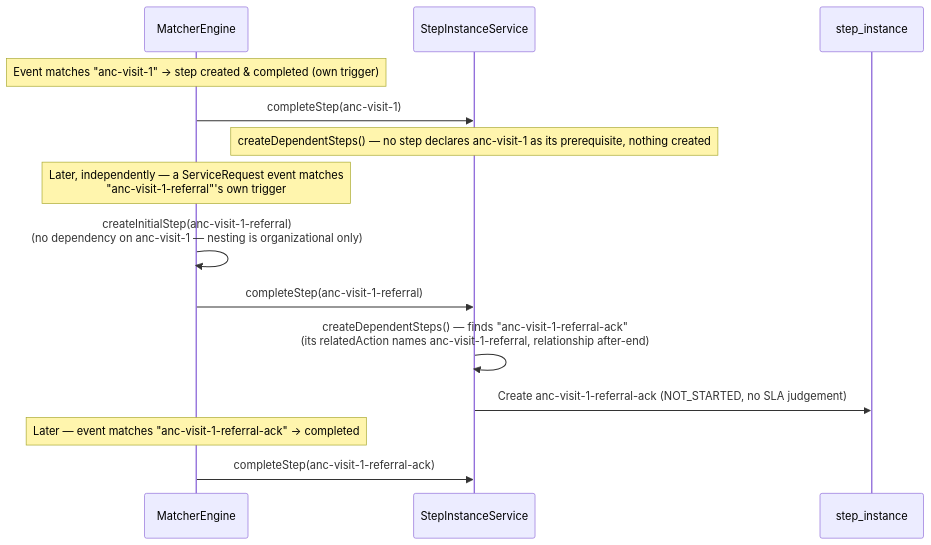
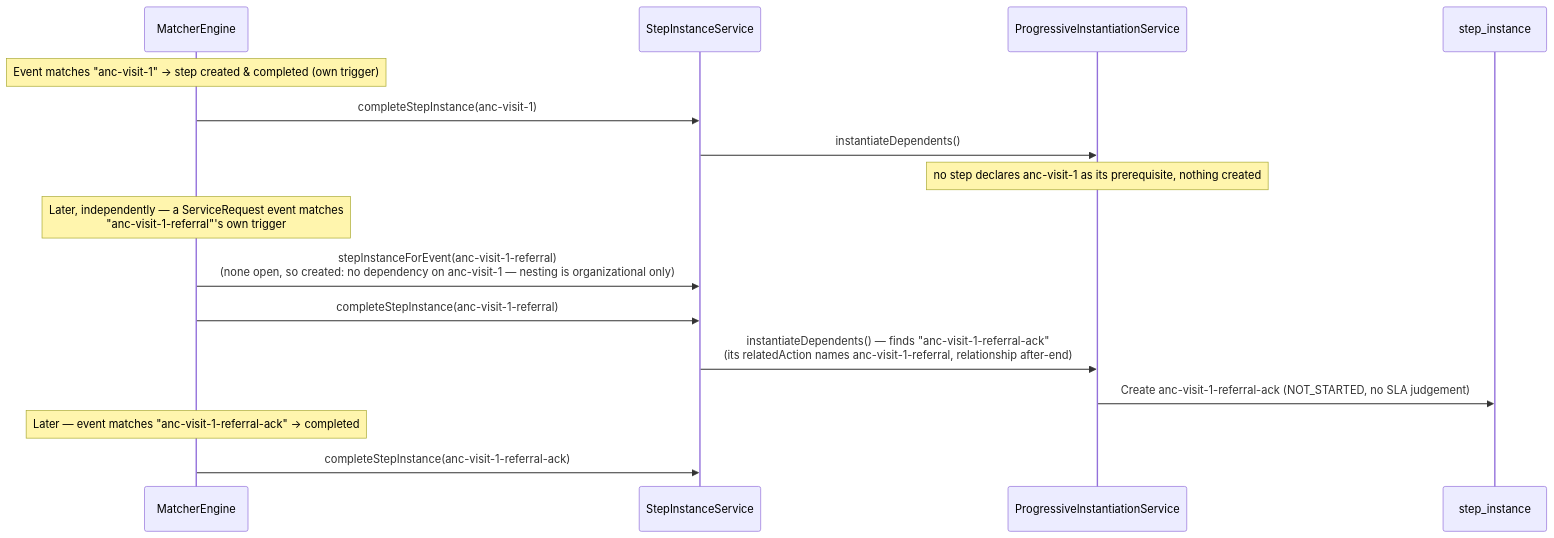
One commit to Jayaprakash8887/cce-matcher-service changed the seventh of 7 diagrams in docs/architecture-overview.md. Above: the diagram before and after it, drawn with Mermaid. The commit also changed other lines of this file and 17 other files, not shown here.

````diff
--- a/docs/architecture-overview.md
+++ b/docs/architecture-overview.md
@@ -836,19 +840,21 @@
 ```mermaid
 sequenceDiagram
     participant Engine as MatcherEngine
     participant SIS as StepInstanceService
+    participant PI as ProgressiveInstantiationService
     participant DB as step_instance
 
     Note over Engine: Event matches "anc-visit-1" → step created & completed (own trigger)
-    Engine->>SIS: completeStep(anc-visit-1)
-    Note over SIS: createDependentSteps() — no step declares anc-visit-1 as its prerequisite, nothing created
+    Engine->>SIS: completeStepInstance(anc-visit-1)
+    SIS->>PI: instantiateDependents()
+    Note over PI: no step declares anc-visit-1 as its prerequisite, nothing created
 
     Note over Engine: Later, independently — a ServiceRequest event matches<br/>"anc-visit-1-referral"'s own trigger
-    Engine->>Engine: createInitialStep(anc-visit-1-referral)<br/>(no dependency on anc-visit-1 — nesting is organizational only)
-    Engine->>SIS: completeStep(anc-visit-1-referral)
-    SIS->>SIS: createDependentSteps() — finds "anc-visit-1-referral-ack"<br/>(its relatedAction names anc-visit-1-referral, relationship after-end)
-    SIS->>DB: Create anc-visit-1-referral-ack (NOT_STARTED, no SLA judgement)
+    Engine->>SIS: stepInstanceForEvent(anc-visit-1-referral)<br/>(none open, so created: no dependency on anc-visit-1 — nesting is organizational only)
+    Engine->>SIS: completeStepInstance(anc-visit-1-referral)
+    SIS->>PI: instantiateDependents() — finds "anc-visit-1-referral-ack"<br/>(its relatedAction names anc-visit-1-referral, relationship after-end)
+    PI->>DB: Create anc-visit-1-referral-ack (NOT_STARTED, no SLA judgement)
 
     Note over Engine: Later — event matches "anc-visit-1-referral-ack" → completed
-    Engine->>SIS: completeStep(anc-visit-1-referral-ack)
+    Engine->>SIS: completeStepInstance(anc-visit-1-referral-ack)
 ```
````
